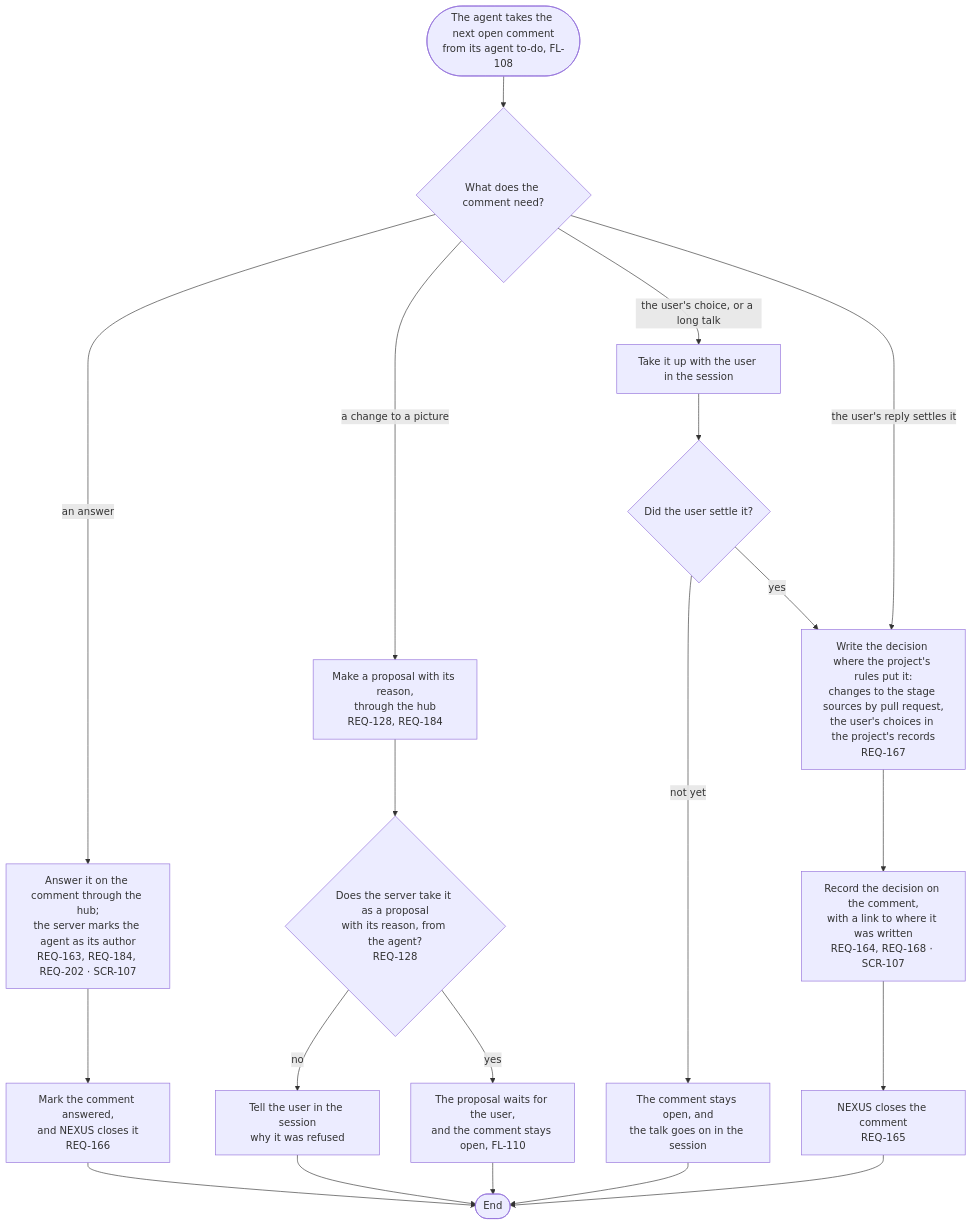
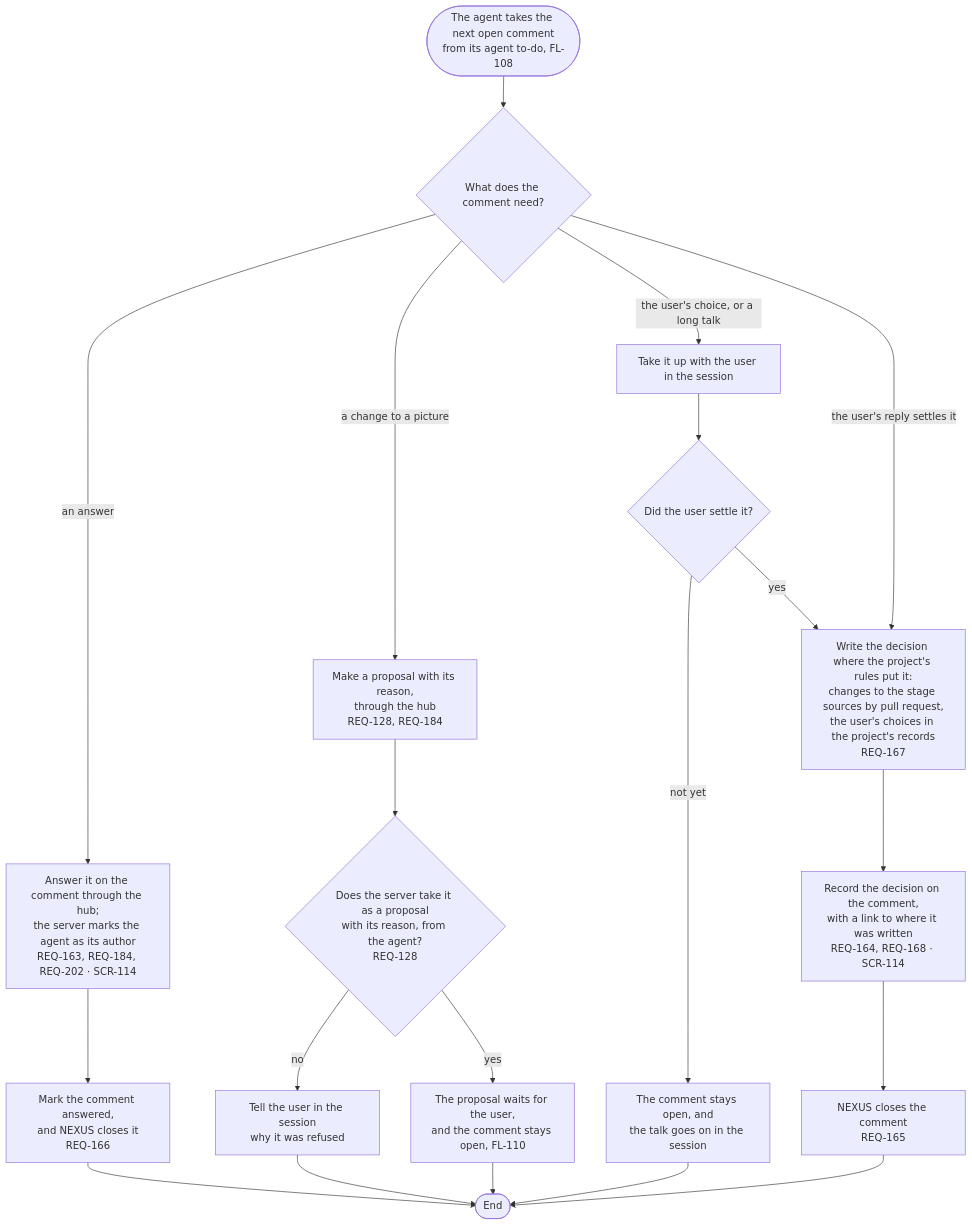
Before and after one commit to kodonghui/corthex-nexus: the diagram in docs/03-user-flow/nexus/FL-109-answer-a-comment.md, drawn with Mermaid. The commit also changed other lines of this file and 19 other files, not shown here.

First line of the commit message:
docs(nexus): remove 0.2's screens from the sitemap and name the redesign's in five flows (TASK-278)

````diff
--- a/docs/03-user-flow/nexus/FL-109-answer-a-comment.md
+++ b/docs/03-user-flow/nexus/FL-109-answer-a-comment.md
@@ -9,22 +9,22 @@
 ```mermaid
 flowchart TD
   A(["The agent takes the next open comment<br/>from its agent to-do, FL-108"]) --> B{"What does the comment need?"}
-  B -->|an answer| C["Answer it on the comment through the hub;<br/>the server marks the agent as its author<br/>REQ-163, REQ-184, REQ-202 · SCR-107"]
+  B -->|an answer| C["Answer it on the comment through the hub;<br/>the server marks the agent as its author<br/>REQ-163, REQ-184, REQ-202 · SCR-114"]
   C --> C1["Mark the comment answered,<br/>and NEXUS closes it<br/>REQ-166"]
   C1 --> Z(["End"])
   B -->|a change to a picture| D["Make a proposal with its reason,<br/>through the hub<br/>REQ-128, REQ-184"]
   D --> D1{"Does the server take it as a proposal<br/>with its reason, from the agent?<br/>REQ-128"}
   D1 -->|no| D2["Tell the user in the session<br/>why it was refused"]
   D2 --> Z
   D1 -->|yes| D3["The proposal waits for the user,<br/>and the comment stays open, FL-110"]
   D3 --> Z
   B -->|the user's choice, or a long talk| E["Take it up with the user in the session"]
   E --> F{"Did the user settle it?"}
   F -->|not yet| F1["The comment stays open, and<br/>the talk goes on in the session"]
   F1 --> Z
   B -->|the user's reply settles it| G
   F -->|yes| G["Write the decision where the project's rules put it:<br/>changes to the stage sources by pull request,<br/>the user's choices in the project's records<br/>REQ-167"]
-  G --> H["Record the decision on the comment,<br/>with a link to where it was written<br/>REQ-164, REQ-168 · SCR-107"]
+  G --> H["Record the decision on the comment,<br/>with a link to where it was written<br/>REQ-164, REQ-168 · SCR-114"]
   H --> I["NEXUS closes the comment<br/>REQ-165"]
   I --> Z
 ```
````
